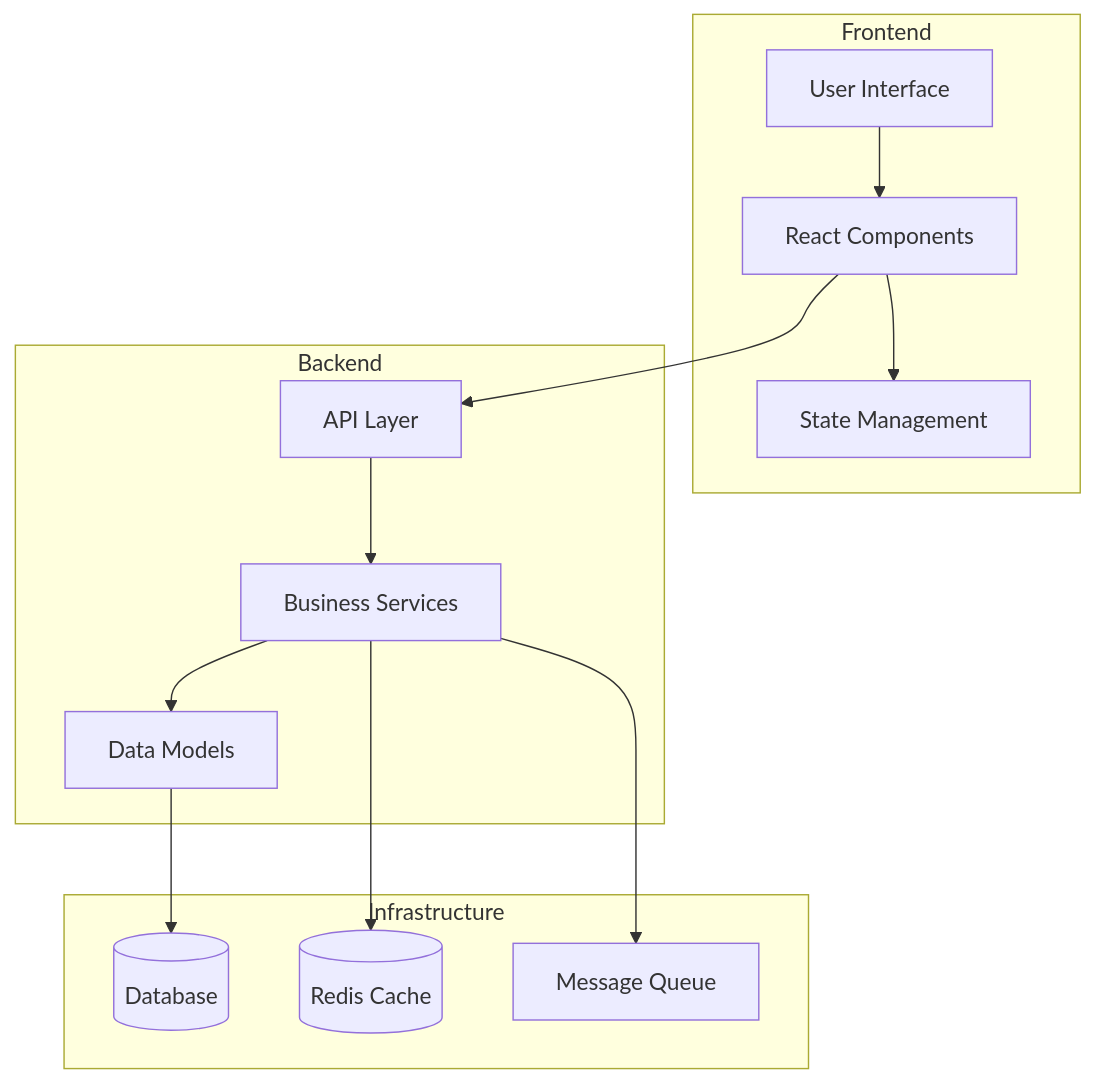
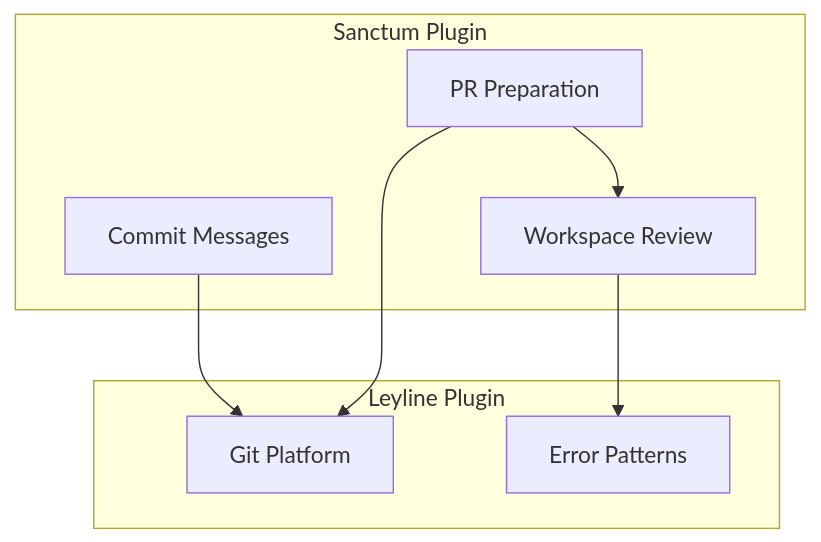
One commit to AbdulaiBah479/farmer-marketplace_232 changed the diagram in .agents/skills/architecture-diagram/SKILL.md. Above: the diagram before and after it, drawn with Mermaid. The commit also changed other lines of this file and 5873 other files, not shown here.

````diff
--- a/.agents/skills/architecture-diagram/SKILL.md
+++ b/.agents/skills/architecture-diagram/SKILL.md
@@ -126,29 +52,18 @@
 ```mermaid
-graph TB
-    subgraph Frontend
-        UI[User Interface]
-        Components[React Components]
-        Store[State Management]
+flowchart TD
+    subgraph sanctum[Sanctum Plugin]
+        commit[Commit Messages]
+        pr[PR Preparation]
+        workspace[Workspace Review]
     end
 
-    subgraph Backend
-        API[API Layer]
-        Services[Business Services]
-        Models[Data Models]
+    subgraph leyline[Leyline Plugin]
+        git[Git Platform]
+        patterns[Error Patterns]
     end
 
-    subgraph Infrastructure
-        DB[(Database)]
-        Cache[(Redis Cache)]
-        Queue[Message Queue]
-    end
-
-    UI --> Components
-    Components --> Store
-    Components --> API
-    API --> Services
-    Services --> Models
-    Models --> DB
-    Services --> Cache
-    Services --> Queue
+    commit --> git
+    pr --> workspace
+    pr --> git
+    workspace --> patterns
 ```
````
